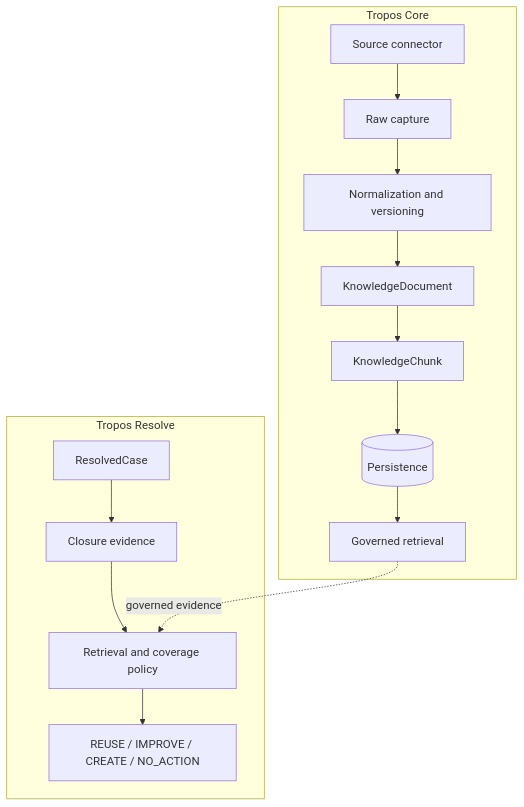
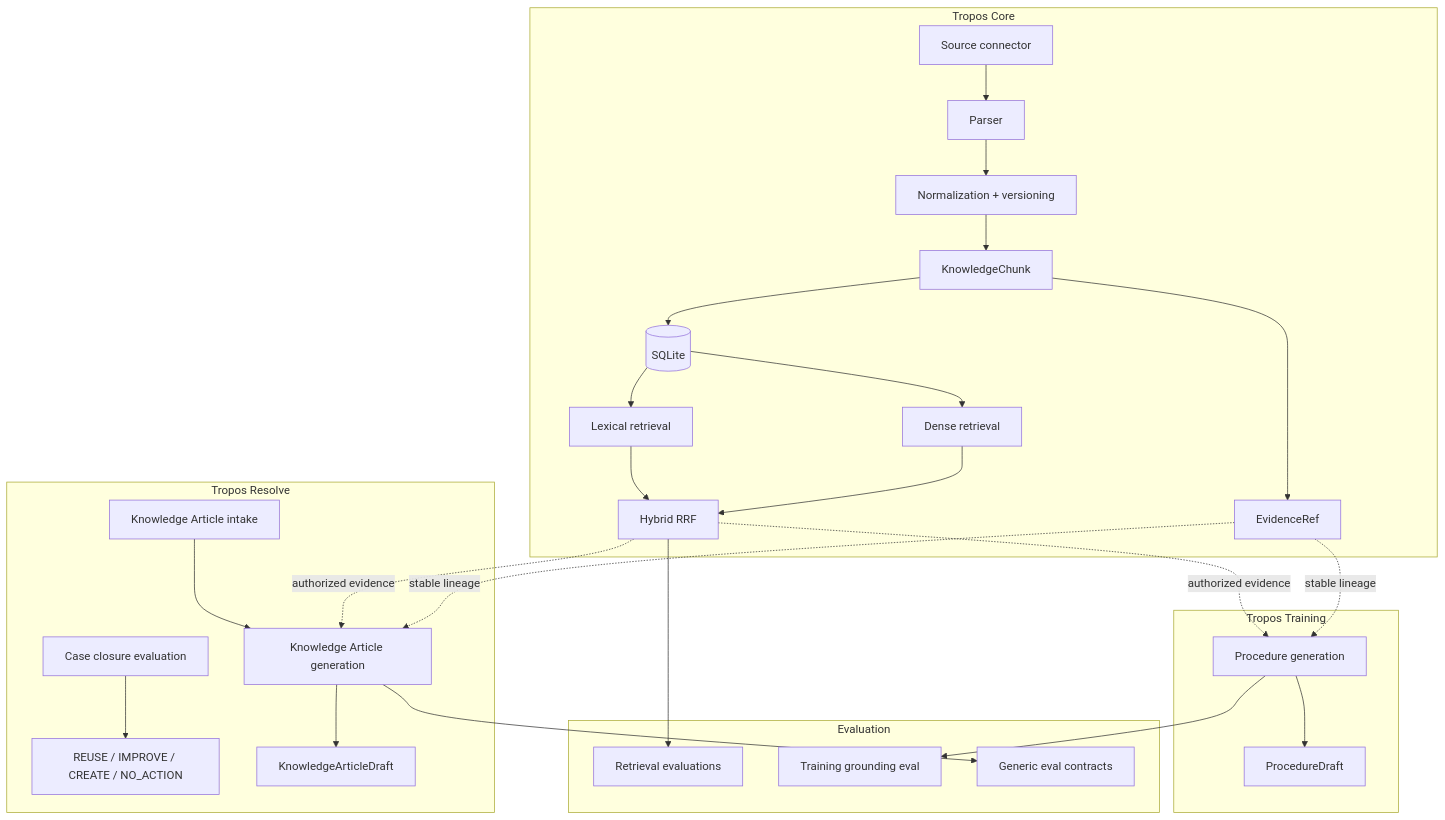
Before and after one commit to kumarchandansingh/tropos: the first of 6 diagrams in docs/architecture/ARCHITECTURE_OVERVIEW.md, drawn with Mermaid. The commit also changed other lines of this file and 16 other files, not shown here.

First line of the commit message:
docs: reconcile Tropos product architecture and decision history (#69)

````diff
--- a/docs/architecture/ARCHITECTURE_OVERVIEW.md
+++ b/docs/architecture/ARCHITECTURE_OVERVIEW.md
@@ -7,23 +7,52 @@
 ```mermaid
 flowchart TB
     subgraph Core[Tropos Core]
       Source[Source connector]
-      Raw[Raw capture]
-      Norm[Normalization and versioning]
-      Doc[KnowledgeDocument]
+      Parse[Parser]
+      Norm[Normalization + versioning]
       Chunk[KnowledgeChunk]
-      Store[(Persistence)]
-      Retrieve[Governed retrieval]
-      Source --> Raw --> Norm --> Doc --> Chunk --> Store --> Retrieve
+      Persist[(SQLite)]
+      Lex[Lexical retrieval]
+      Dense[Dense retrieval]
+      Hybrid[Hybrid RRF]
+      Evidence[EvidenceRef]
+
+      Source --> Parse --> Norm --> Chunk --> Persist
+      Persist --> Lex
+      Persist --> Dense
+      Lex --> Hybrid
+      Dense --> Hybrid
+      Chunk --> Evidence
     end
 
     subgraph Resolve[Tropos Resolve]
-      Case[ResolvedCase]
-      Closure[Closure evidence]
-      Coverage[Retrieval and coverage policy]
+      Closure[Case closure evaluation]
       Action[REUSE / IMPROVE / CREATE / NO_ACTION]
-      Case --> Closure --> Coverage --> Action
+      Intake[Knowledge Article intake]
+      KAGen[Knowledge Article generation]
+      KA[KnowledgeArticleDraft]
+
+      Closure --> Action
+      Intake --> KAGen --> KA
     end
 
-    Retrieve -. governed evidence .-> Coverage
+    subgraph Training[Tropos Training]
+      Procedure[Procedure generation]
+      Draft[ProcedureDraft]
+      Procedure --> Draft
+    end
+
+    subgraph Quality[Evaluation]
+      RetEval[Retrieval evaluations]
+      TrainEval[Training grounding eval]
+      EvalContracts[Generic eval contracts]
+    end
+
+    Hybrid -. authorized evidence .-> KAGen
+    Hybrid -. authorized evidence .-> Procedure
+    Evidence -. stable lineage .-> KAGen
+    Evidence -. stable lineage .-> Procedure
+    KAGen --> EvalContracts
+    Procedure --> TrainEval
+    Hybrid --> RetEval
 ```
````
